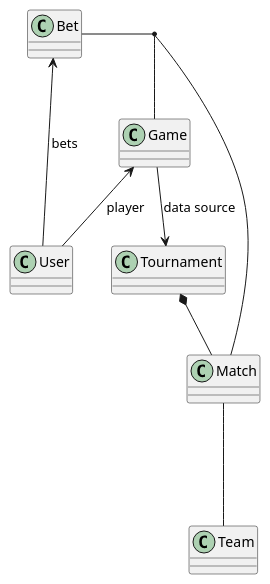
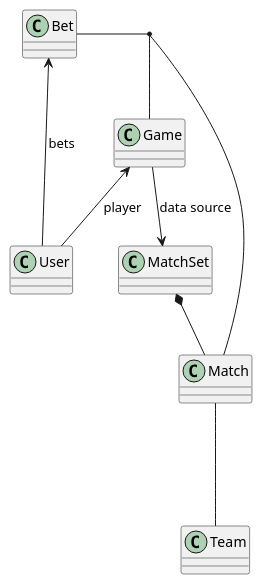
One commit to mleko/lets-play changed the diagram in class.puml. Above: the diagram before and after it, drawn with PlantUML. The commit also changed 9 other files, not shown here.

```diff
--- a/class.puml
+++ b/class.puml
@@ -1,18 +1,18 @@
 @startuml
 
 'zestaw zawiera wiele meczy
-Tournament *-- Match
+MatchSet *-- Match
 
 Match --- Team
 
 'użytkownik może dołączyć do rozgrywki jako gracz
 Game <-- User: player
 'rozgrywka czerpie dane z zestawu
-Game --> Tournament: data source
+Game --> MatchSet: data source
 
 'użytkownik obstawia
 User --> Bet: bets
 'w ramach gry można obstawiać wynik meczu
 Bet -- (Match, Game)
 
 @enduml
```
